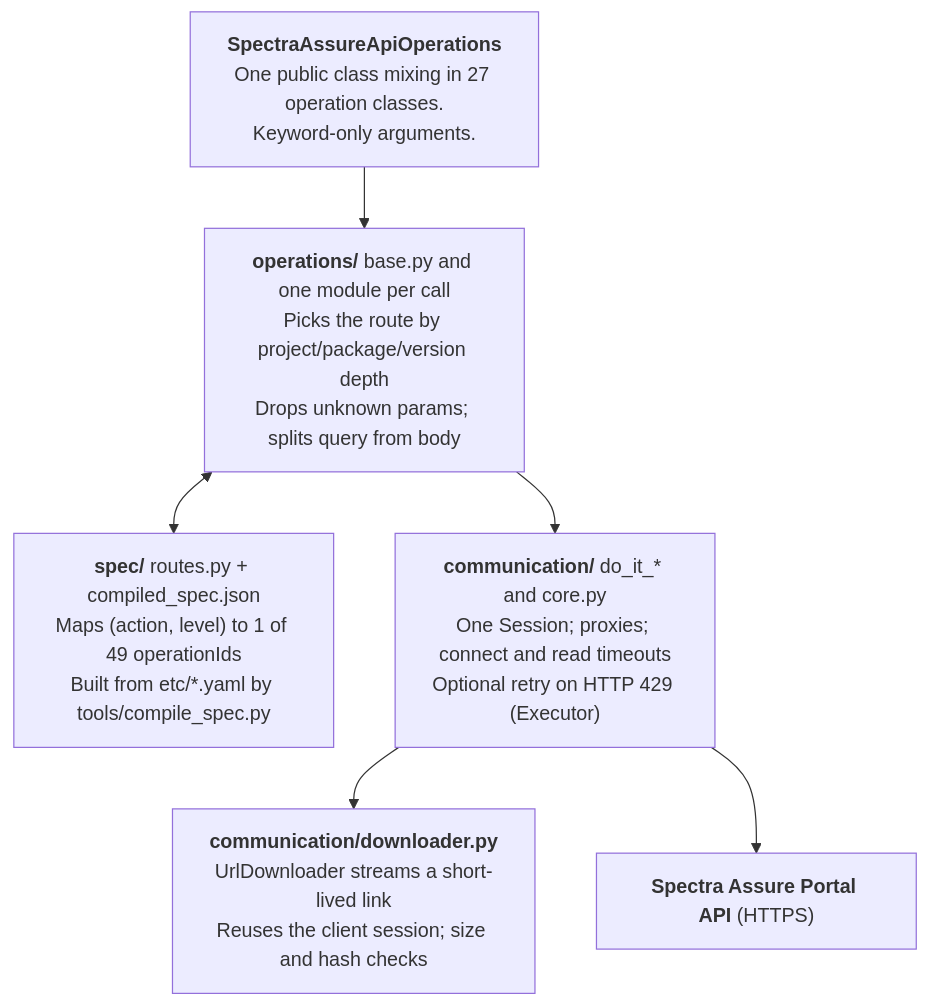
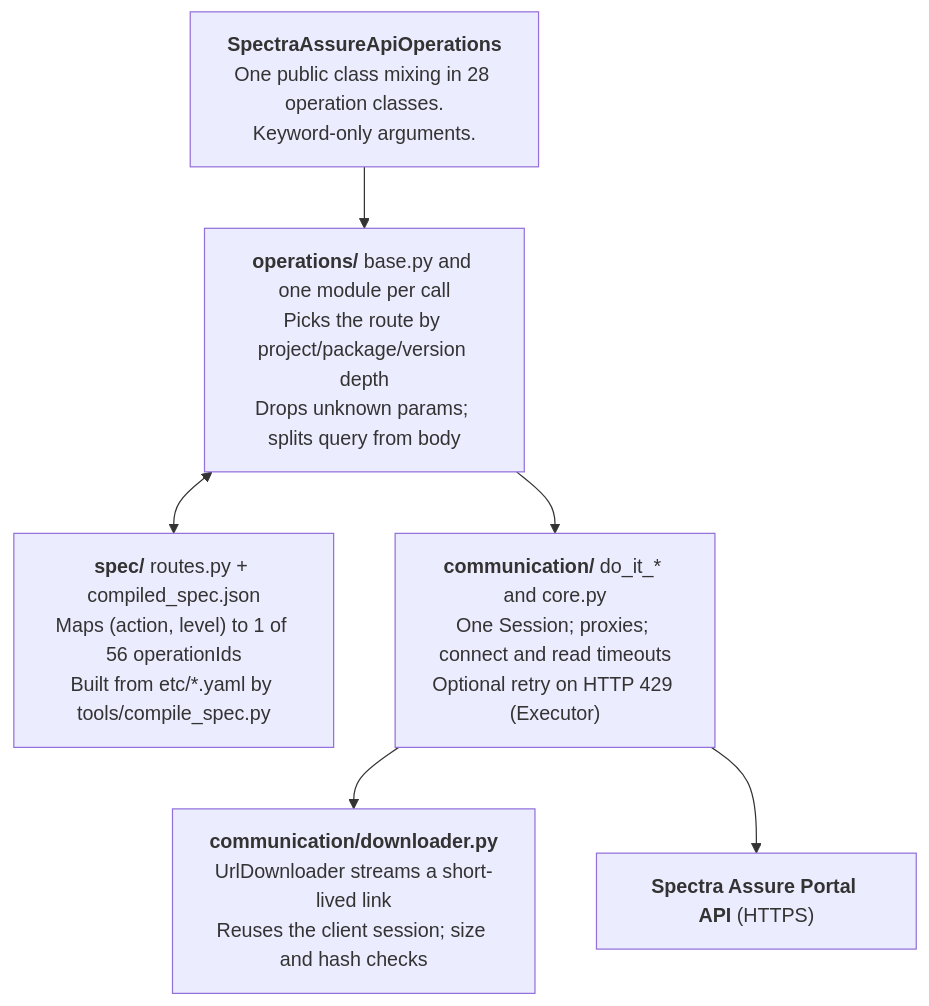
One commit to reversinglabs/spectra-assure-sdk changed the diagram in doc/SPECIFICATIONS.md. Above: the diagram before and after it, drawn with Mermaid. The commit also changed other lines of this file and 38 other files, not shown here.

````diff
--- a/doc/SPECIFICATIONS.md
+++ b/doc/SPECIFICATIONS.md
@@ -51,15 +51,15 @@
 ```mermaid
 flowchart TB
-    client["<b>SpectraAssureApiOperations</b><br/>One public class mixing in 27 operation classes.<br/>Keyword-only arguments."]
+    client["<b>SpectraAssureApiOperations</b><br/>One public class mixing in 28 operation classes.<br/>Keyword-only arguments."]
     ops["<b>operations/</b> base.py and one module per call<br/>Picks the route by project/package/version depth<br/>Drops unknown params; splits query from body"]
-    spec["<b>spec/</b> routes.py + compiled_spec.json<br/>Maps (action, level) to 1 of 49 operationIds<br/>Built from etc/*.yaml by tools/compile_spec.py"]
+    spec["<b>spec/</b> routes.py + compiled_spec.json<br/>Maps (action, level) to 1 of 56 operationIds<br/>Built from etc/*.yaml by tools/compile_spec.py"]
     comm["<b>communication/</b> do_it_* and core.py<br/>One Session; proxies; connect and read timeouts<br/>Optional retry on HTTP 429 (Executor)"]
     dl["<b>communication/downloader.py</b><br/>UrlDownloader streams a short-lived link<br/>Reuses the client session; size and hash checks"]
     portal["<b>Spectra Assure Portal API</b> (HTTPS)"]
 
     client --> ops
     ops <--> spec
     ops --> comm
     comm --> dl
     comm --> portal
 ```
````
